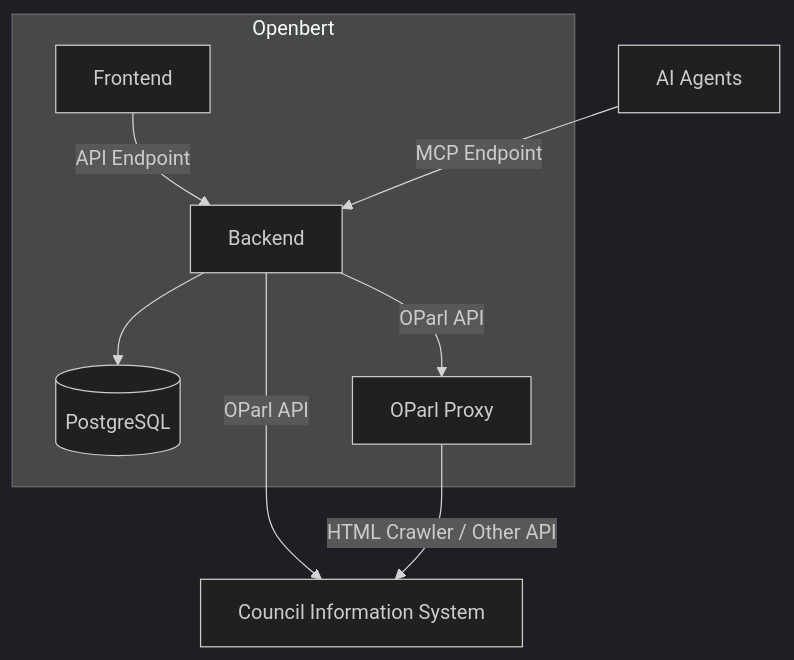
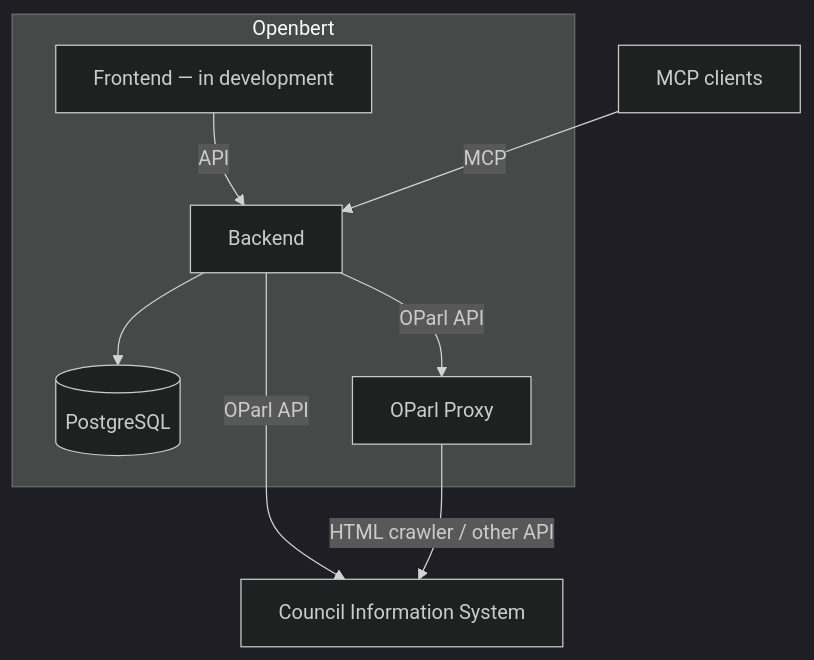
One commit to markuspoerschke/openbert-backend changed the first of 2 diagrams in README.md. Above: the diagram before and after it, drawn with Mermaid (dark theme). The commit also changed other lines of this file, not shown here.

````diff
--- a/README.md
+++ b/README.md
@@ -22,21 +19,20 @@
 ```mermaid
 flowchart TD
-    AI[AI Agents]
+    Clients[MCP clients]
     CIS[Council Information System]
 
     subgraph Openbert[Openbert]
-        Frontend[Frontend]
-        BE[Backend]
+        Frontend[Frontend — in development]
+        Backend[Backend]
         DB[(PostgreSQL)]
-        OParlProxy[OParl Proxy]
+        Proxy[OParl Proxy]
 
-        Frontend -->|API Endpoint| BE
-        BE --> DB
-        BE -->|OParl API| OParlProxy
+        Frontend -->|API| Backend
+        Backend --> DB
+        Backend -->|OParl API| Proxy
     end
 
-    AI -->|MCP Endpoint| BE
-
-    BE -->|OParl API| CIS
-    OParlProxy -->|HTML Crawler / Other API| CIS
+    Clients -->|MCP| Backend
+    Backend -->|OParl API| CIS
+    Proxy -->|HTML crawler / other API| CIS
 ```
````
